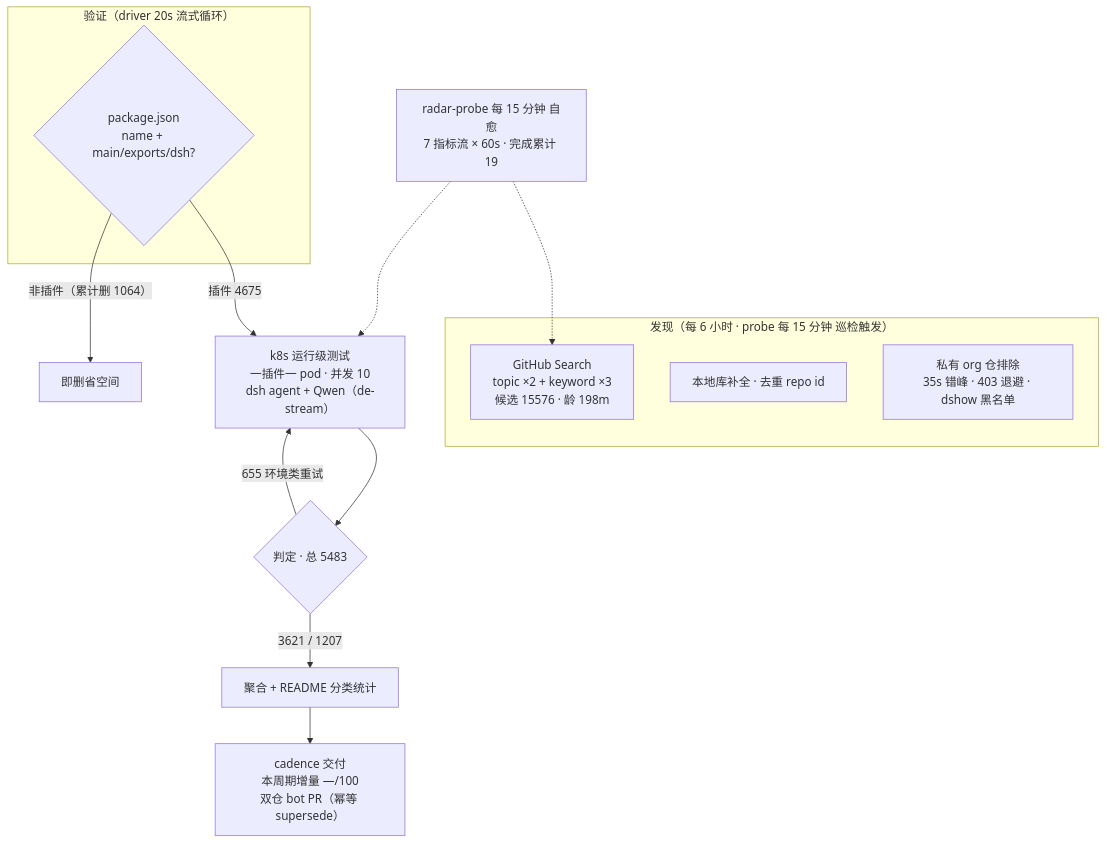
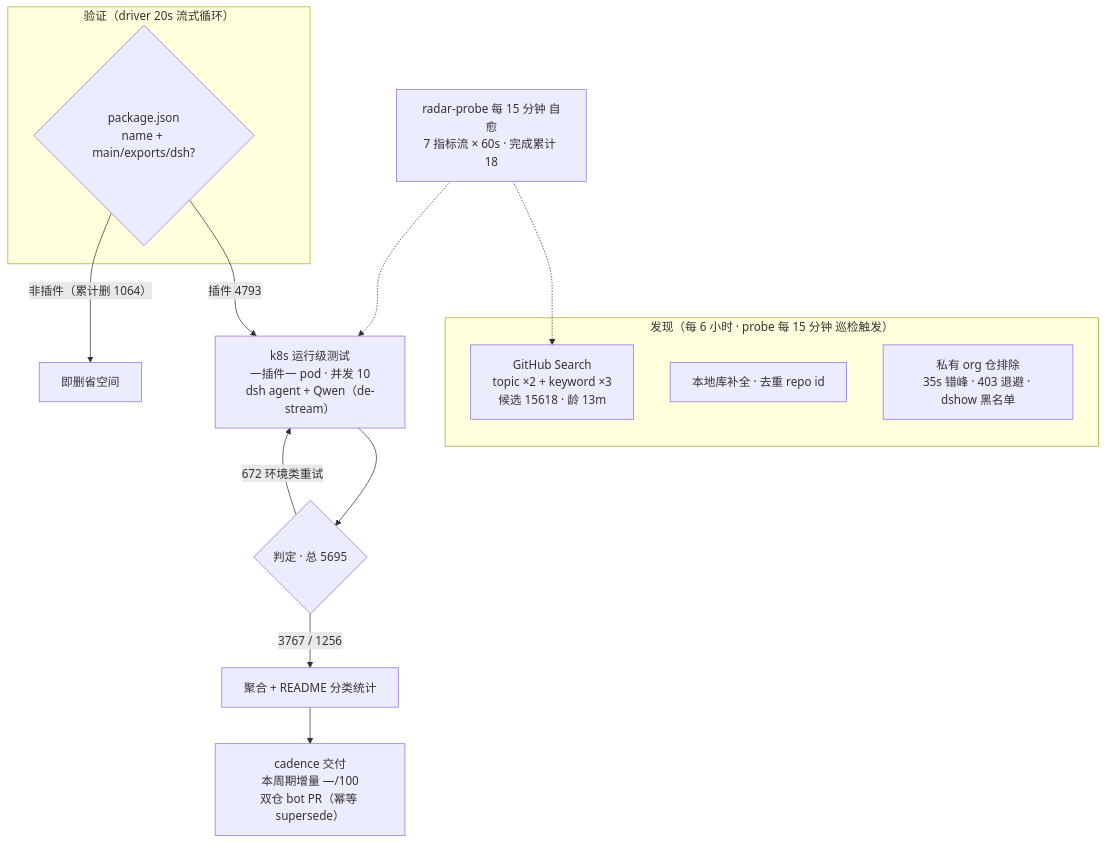
Before and after one commit to Zhidao-Lab-OSS/awesome-dsh-plugins: the diagram in README.md, drawn with Mermaid. The commit also changed other lines of this file and 1 other file, not shown here.

````diff
--- a/README.md
+++ b/README.md
@@ -37,20 +37,20 @@
 ```mermaid
 flowchart TB
     subgraph Discovery["发现（每 6 小时 · probe 每 15 分钟 巡检触发）"]
-        A1["GitHub Search<br/>topic ×2 + keyword ×3<br/>候选 15576 · 龄 198m"]
+        A1["GitHub Search<br/>topic ×2 + keyword ×3<br/>候选 15618 · 龄 13m"]
         A2["本地库补全 · 去重 repo id"]
         A3["私有 org 仓排除<br/>35s 错峰 · 403 退避 · dshow 黑名单"]
     end
     subgraph Validation["验证（driver 20s 流式循环）"]
         B1{"package.json<br/>name + main/exports/dsh?"}
     end
-    B1 -->|"插件 4675"| C1["k8s 运行级测试<br/>一插件一 pod · 并发 10<br/>dsh agent + Qwen（de-stream）"]
+    B1 -->|"插件 4793"| C1["k8s 运行级测试<br/>一插件一 pod · 并发 10<br/>dsh agent + Qwen（de-stream）"]
     B1 -->|"非插件（累计删 1064）"| B3["即删省空间"]
-    C1 --> D1{"判定 · 总 5483"}
-    D1 -->|"3621 / 1207"| E1["聚合 + README 分类统计"]
-    D1 -->|"655 环境类重试"| C1
+    C1 --> D1{"判定 · 总 5695"}
+    D1 -->|"3767 / 1256"| E1["聚合 + README 分类统计"]
+    D1 -->|"672 环境类重试"| C1
     E1 --> E2["cadence 交付<br/>本周期增量 —/100<br/>双仓 bot PR（幂等 supersede）"]
-    M["radar-probe 每 15 分钟 自愈<br/>7 指标流 × 60s · 完成累计 19"]
+    M["radar-probe 每 15 分钟 自愈<br/>7 指标流 × 60s · 完成累计 18"]
     M -.-> A1
     M -.-> C1
 ```
````
